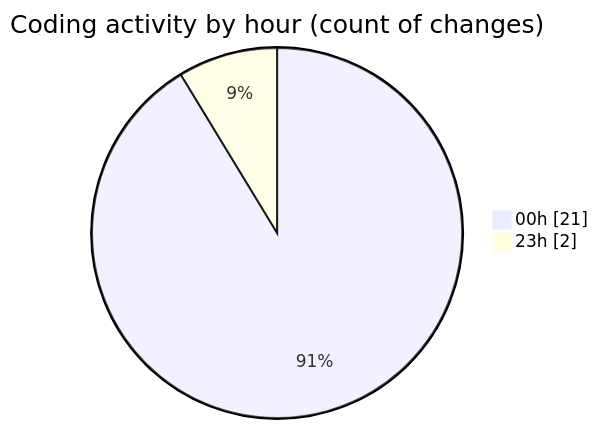
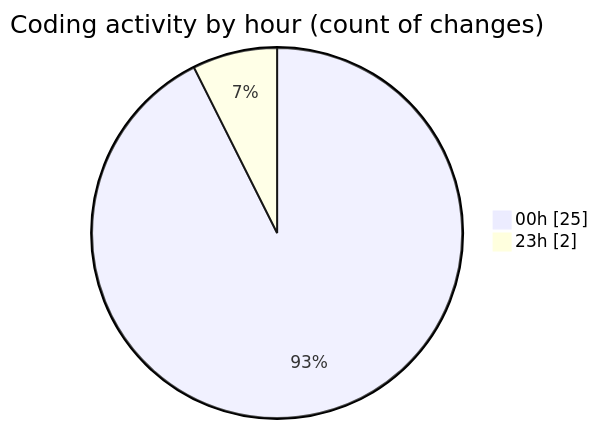
The second of 2 diagrams in 2025-08-19/rentotp/README.md (lephambinh05/code-tracking), drawn with Mermaid before and after one commit. The commit also changed other lines of this file and 1 other file, not shown here.

````diff
--- a/2025-08-19/rentotp/README.md
+++ b/2025-08-19/rentotp/README.md
@@ -36,6 +39,6 @@
 ```mermaid
 pie showData
 title Coding activity by hour (count of changes)
-"00h" : 21
+"00h" : 25
 "23h" : 2
 ```
````
